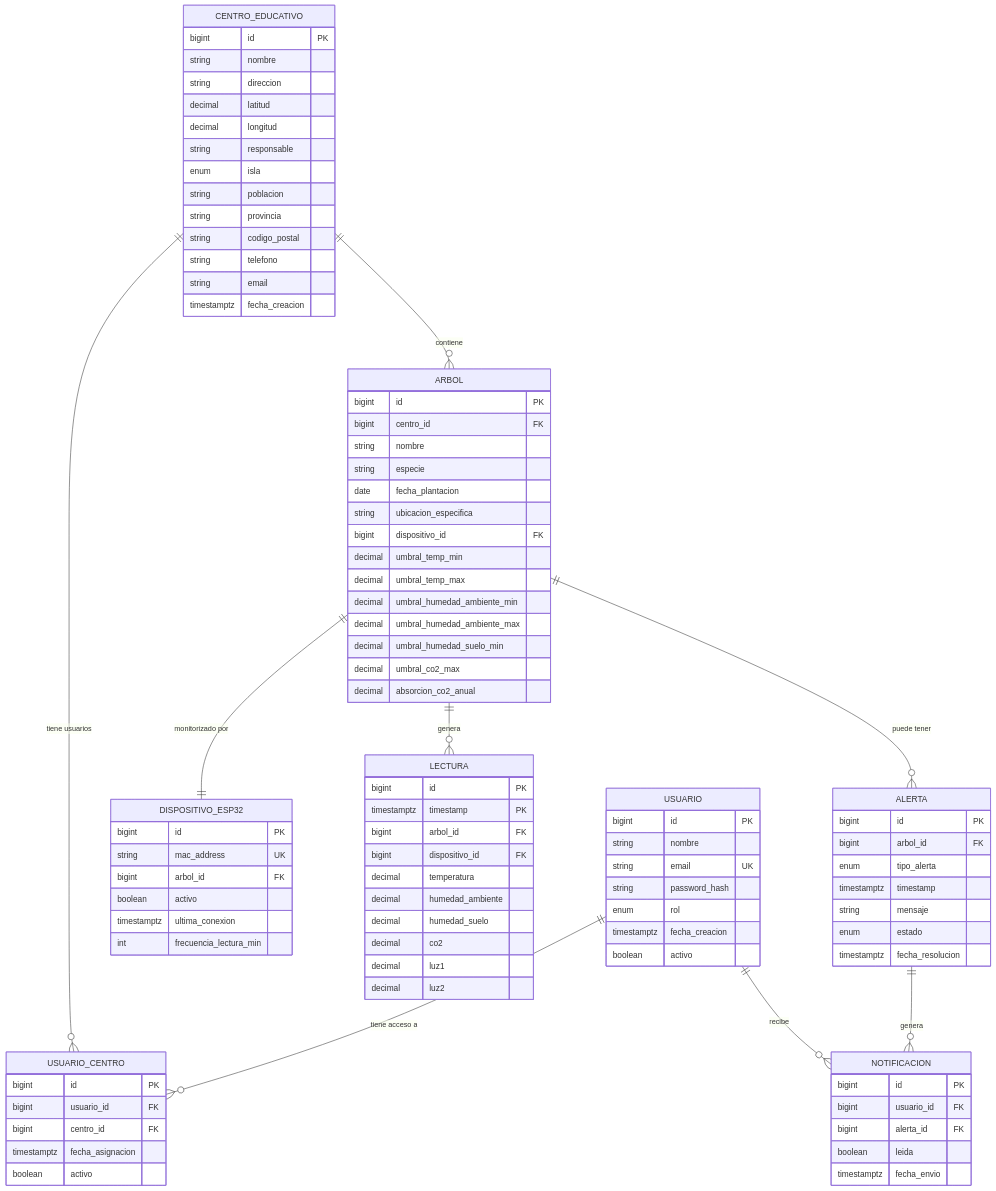
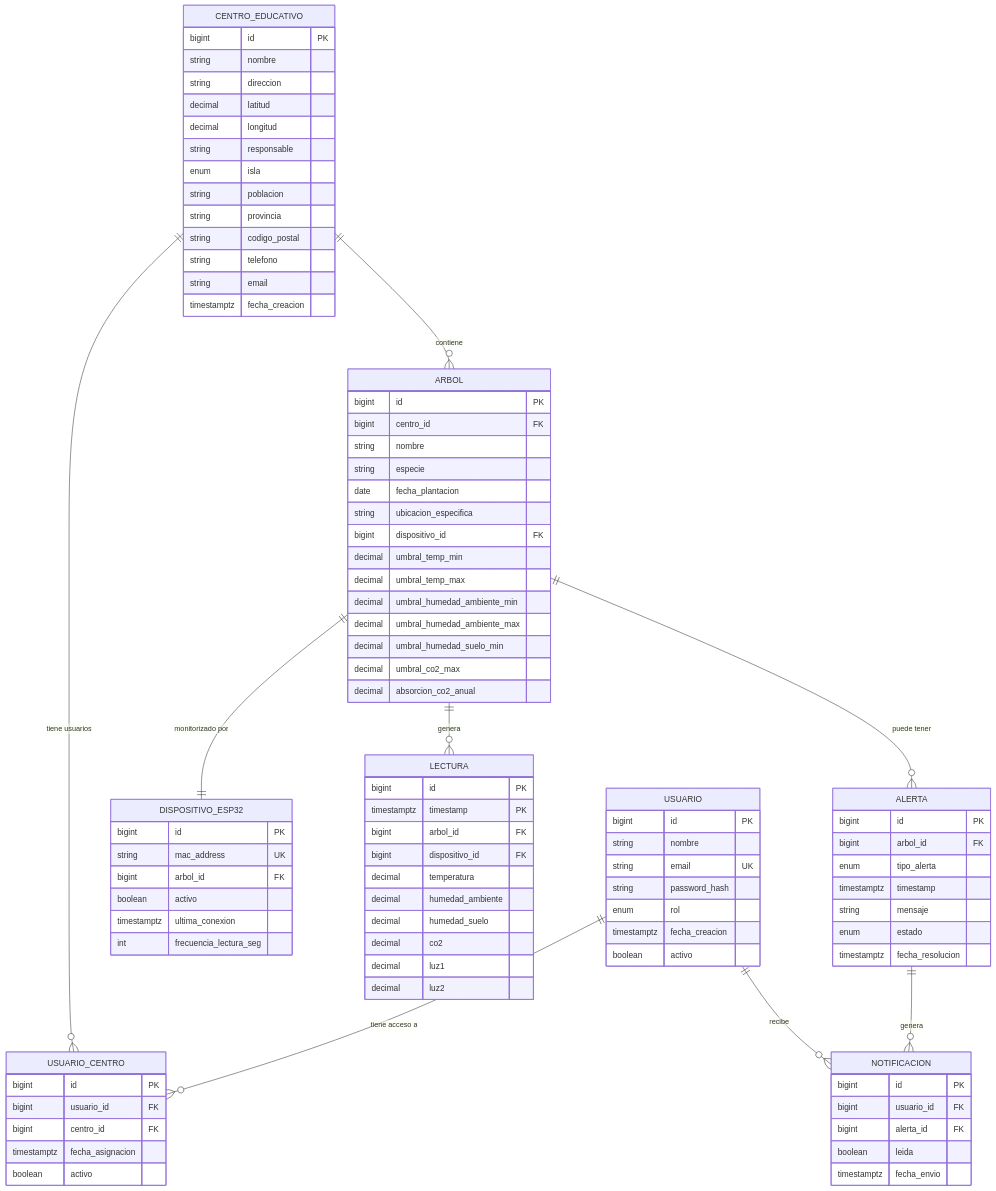
One commit to riordi80/vocational-training-final-project changed the first of 2 diagrams in docs/04. MODELO_DATOS.md. Above: the diagram before and after it, drawn with Mermaid. The commit also changed other lines of this file and 1 other file, not shown here.

Commit message:
docs: update frecuencia_lectura_min to frecuencia_lectura_seg in data model and IoT roadmap

```diff
--- a/docs/04. MODELO_DATOS.md
+++ b/docs/04. MODELO_DATOS.md
@@ -105,7 +105,7 @@
         bigint arbol_id FK
         boolean activo
         timestamptz ultima_conexion
-        int frecuencia_lectura_min
+        int frecuencia_lectura_seg
     }
 
     LECTURA {
```
